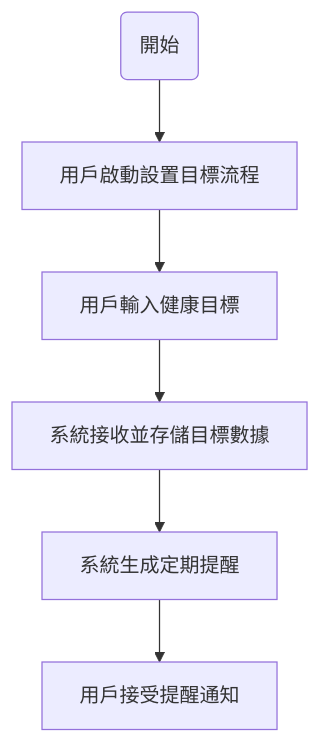
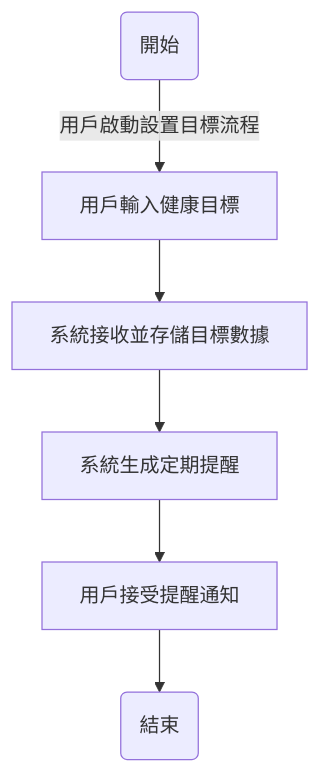
Before and after one commit to Xz-369/113_CourseTopics: the second of 5 diagrams in hw5.md, drawn with Mermaid. The commit also changed other lines of this file, not shown here.

````diff
--- a/hw5.md
+++ b/hw5.md
@@ -15,8 +14,8 @@
 ```mermaid
 graph TD
-    A(開始) --> B[用戶啟動設置目標流程]
-    B --> C[用戶輸入健康目標]
-    C --> D[系統接收並存儲目標數據]
-    D --> E[系統生成定期提醒]
-    E -->F[用戶接受提醒通知]
+    A(開始) --> |用戶啟動設置目標流程|B[用戶輸入健康目標]
+    B --> C[系統接收並存儲目標數據]
+    C --> D[系統生成定期提醒]
+    D --> E[用戶接受提醒通知]
+    E -->F(結束)
 ```
````
